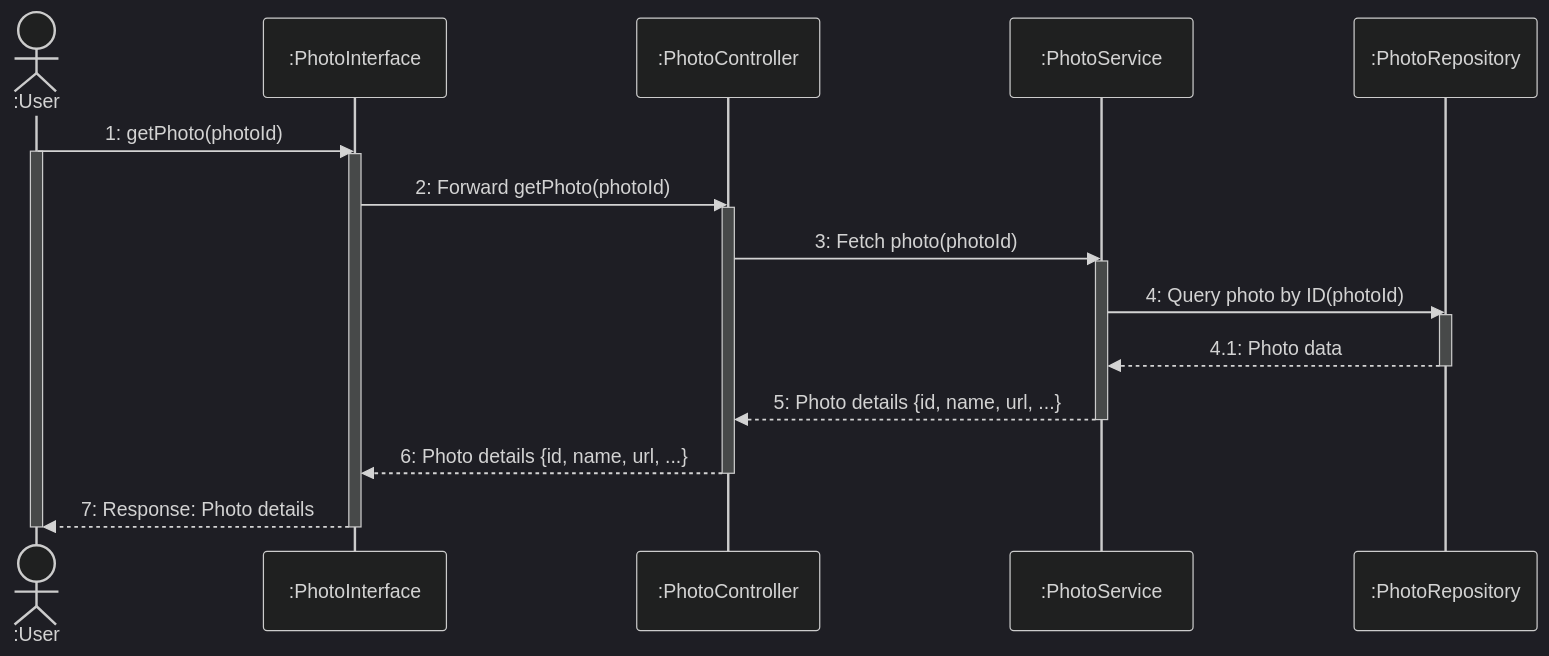
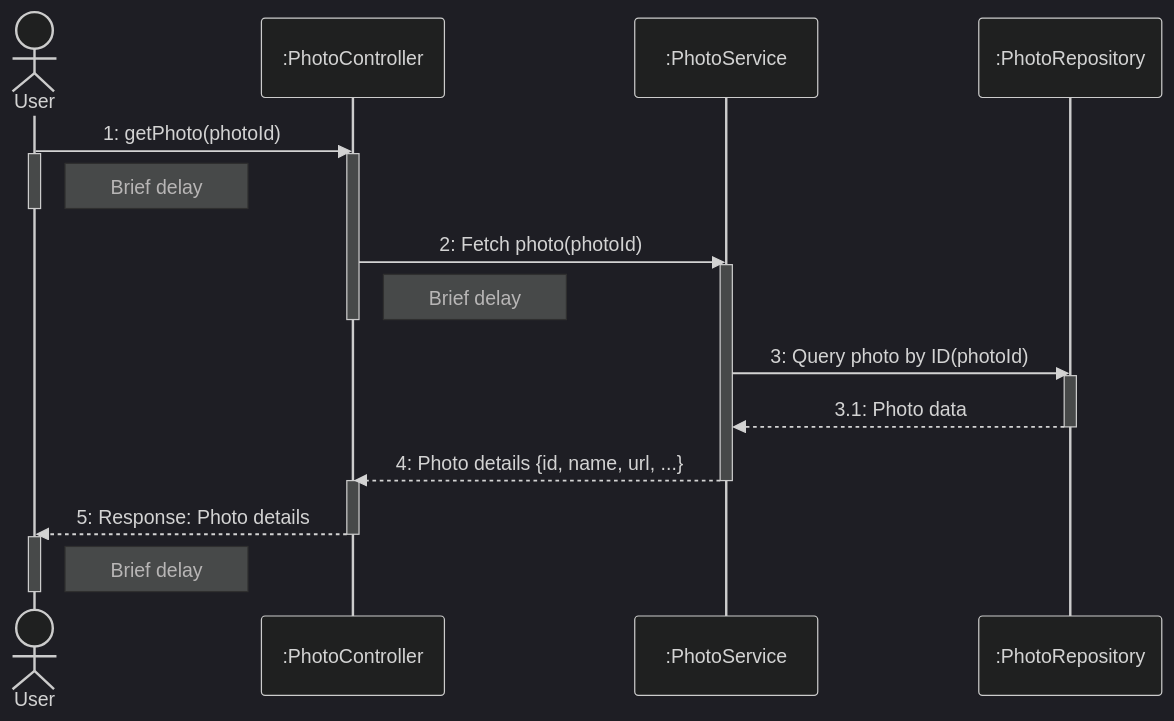
Diagram 11 of 15 in README.md (lightmon233/Memento), drawn with Mermaid (dark theme) before and after one commit. The commit also changed other lines of this file, not shown here.

````diff
--- a/README.md
+++ b/README.md
@@ -520,34 +493,30 @@
 ```mermaid
 sequenceDiagram
-    actor User as :User
-    participant PhotoInterface as :PhotoInterface
+    actor User 
     participant PhotoController as :PhotoController
     participant PhotoService as :PhotoService
     participant PhotoRepository as :PhotoRepository
 
-    User->>PhotoInterface: 1: getPhoto(photoId)
+    User->>PhotoController: 1: getPhoto(photoId)
     activate User
-    activate PhotoInterface
-
-    PhotoInterface->>PhotoController: 2: Forward getPhoto(photoId)
     activate PhotoController
-
-    PhotoController->>PhotoService: 3: Fetch photo(photoId)
+    Note right of User: Brief delay
+    deactivate User
+    PhotoController->>PhotoService: 2: Fetch photo(photoId)
     activate PhotoService
-
-    PhotoService->>PhotoRepository: 4: Query photo by ID(photoId)
+    Note right of PhotoController: Brief delay
+    deactivate PhotoController
+    PhotoService->>PhotoRepository: 3: Query photo by ID(photoId)
     activate PhotoRepository
-    PhotoRepository-->>PhotoService: 4.1: Photo data
+    PhotoRepository-->>PhotoService: 3.1: Photo data
     deactivate PhotoRepository
-
-    PhotoService-->>PhotoController: 5: Photo details {id, name, url, ...}
+    PhotoService-->>PhotoController: 4: Photo details {id, name, url, ...}
     deactivate PhotoService
-
-    PhotoController-->>PhotoInterface: 6: Photo details {id, name, url, ...}
+    activate PhotoController
+    PhotoController-->>User: 5: Response: Photo details
     deactivate PhotoController
-
-    PhotoInterface-->>User: 7: Response: Photo details
-    deactivate PhotoInterface
+    activate User
+    Note right of User: Brief delay
     deactivate User
 
 ```
````
